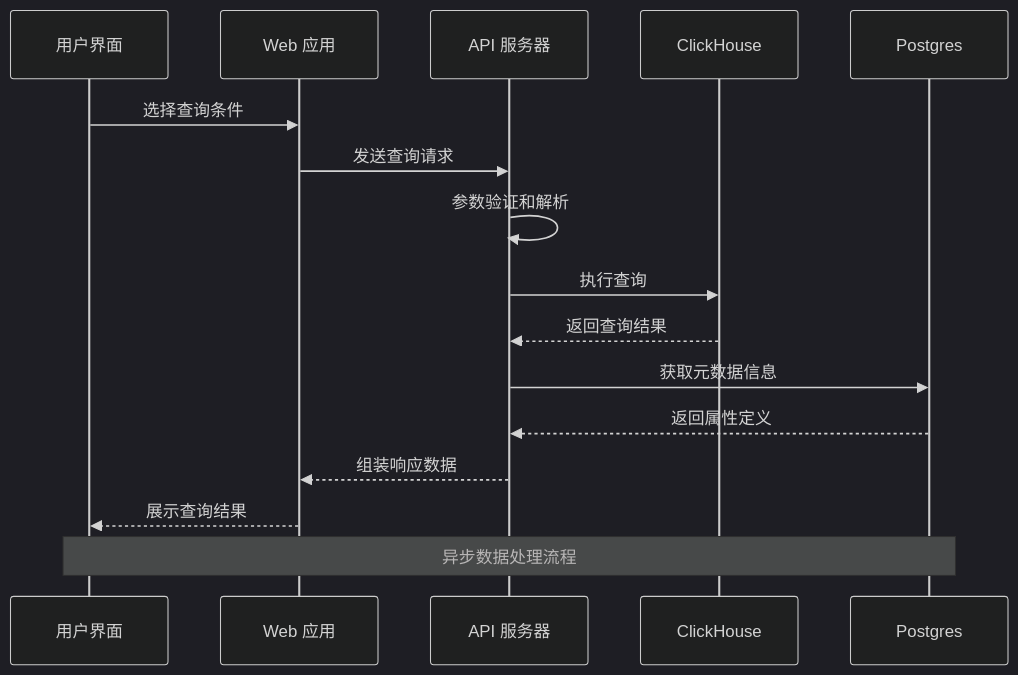
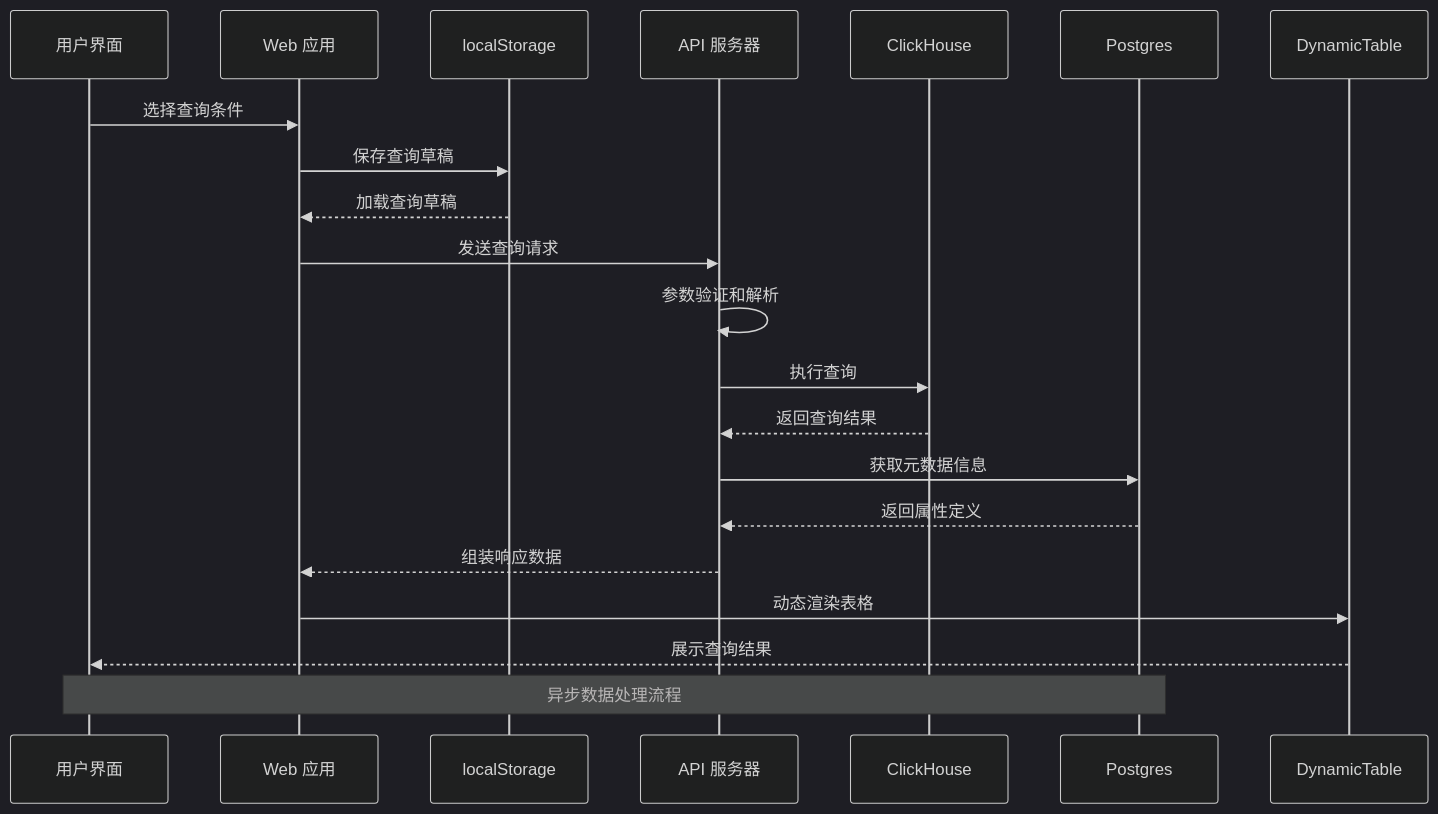
One commit to zhen-zhong/AeroLog changed the second of 6 diagrams in .qoder/repowiki/zh/content/Web控制台/查询构建器.md. Above: the diagram before and after it, drawn with Mermaid (dark theme). The commit also changed other lines of this file and 97 other files, not shown here.

````diff
--- a/.qoder/repowiki/zh/content/Web控制台/查询构建器.md
+++ b/.qoder/repowiki/zh/content/Web控制台/查询构建器.md
@@ -102,18 +120,22 @@
 ```mermaid
 sequenceDiagram
 participant User as 用户界面
 participant Web as Web 应用
+participant Storage as localStorage
 participant API as API 服务器
 participant CH as ClickHouse
 participant PG as Postgres
 User->>Web : 选择查询条件
+Web->>Storage : 保存查询草稿
+Storage-->>Web : 加载查询草稿
 Web->>API : 发送查询请求
 API->>API : 参数验证和解析
 API->>CH : 执行查询
 CH-->>API : 返回查询结果
 API->>PG : 获取元数据信息
 PG-->>API : 返回属性定义
 API-->>Web : 组装响应数据
-Web-->>User : 展示查询结果
+Web->>DynamicTable : 动态渲染表格
+DynamicTable-->>User : 展示查询结果
 Note over User,PG : 异步数据处理流程
 ```
````
